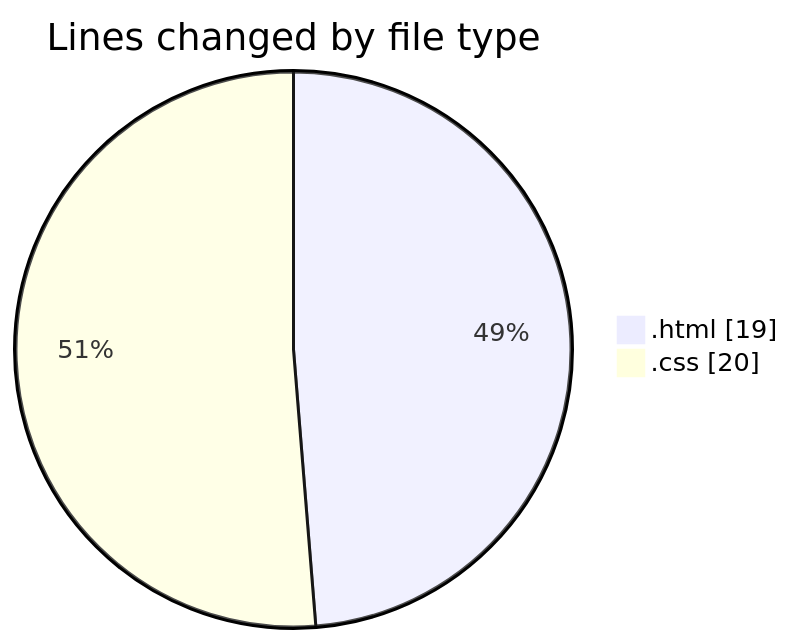
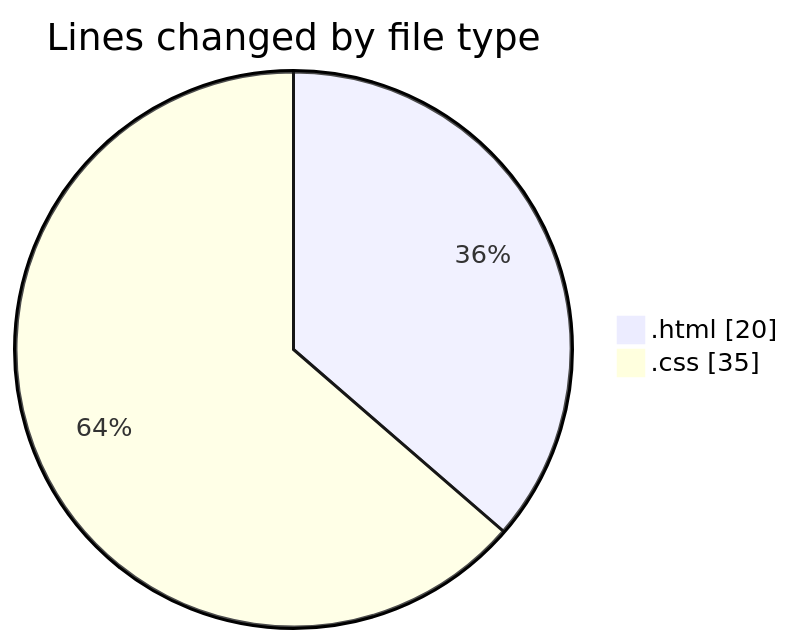
The first of 2 diagrams in 2025-01-10/primeiro-site/README.md (robertbonfada/code-tracking), drawn with Mermaid before and after one commit. The commit also changed other lines of this file and 1 other file, not shown here.

````diff
--- a/2025-01-10/primeiro-site/README.md
+++ b/2025-01-10/primeiro-site/README.md
@@ -22,6 +22,6 @@
 ```mermaid
 pie showData
 title Lines changed by file type
-".html" : 19
-".css" : 20
+".html" : 20
+".css" : 35
 ```
````
